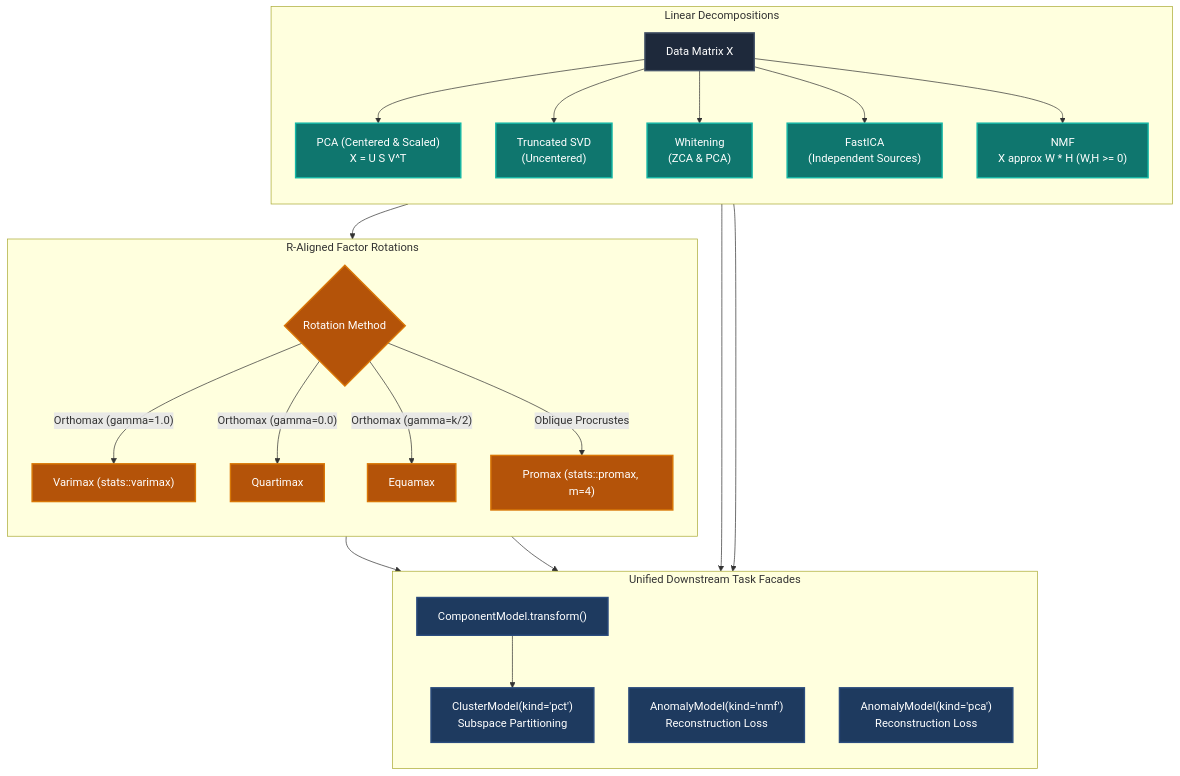
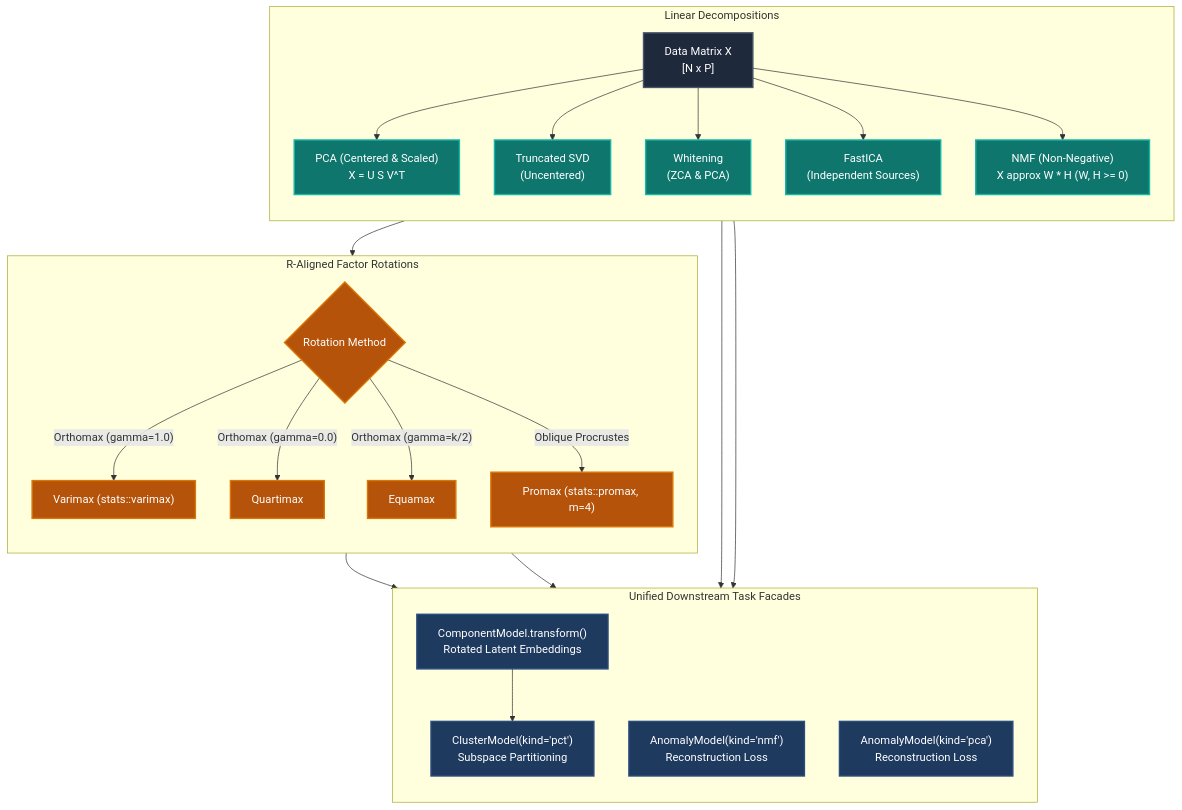
One commit to jkapila/mltreelib changed the diagram in docs/examples/component-benchmarks.md. Above: the diagram before and after it, drawn with Mermaid. The commit also changed other lines of this file and 12 other files, not shown here.

````diff
--- a/docs/examples/component-benchmarks.md
+++ b/docs/examples/component-benchmarks.md
@@ -71,39 +32,39 @@
 ```mermaid
 flowchart TD
     subgraph Decompositions["Linear Decompositions"]
         direction TB
-        D1["Data Matrix X"] --> PCA["PCA (Centered & Scaled)\nX = U S V^T"]
+        D1["Data Matrix X\n[N x P]"] --> PCA["PCA (Centered & Scaled)\nX = U S V^T"]
         D1 --> SVD["Truncated SVD\n(Uncentered)"]
         D1 --> WHT["Whitening\n(ZCA & PCA)"]
         D1 --> ICA["FastICA\n(Independent Sources)"]
-        D1 --> NMF["NMF\nX approx W * H (W,H >= 0)"]
+        D1 --> NMF["NMF (Non-Negative)\nX approx W * H (W, H >= 0)"]
     end
 
     subgraph Rotations["R-Aligned Factor Rotations"]
         direction TB
         PCA --> ROT{"Rotation Method"}
         ROT -->|"Orthomax (gamma=1.0)"| VAR["Varimax (stats::varimax)"]
         ROT -->|"Orthomax (gamma=0.0)"| QUA["Quartimax"]
         ROT -->|"Orthomax (gamma=k/2)"| EQU["Equamax"]
         ROT -->|"Oblique Procrustes"| PRO["Promax (stats::promax, m=4)"]
     end
 
     subgraph Tasks["Unified Downstream Task Facades"]
         direction TB
-        VAR --> COMP["ComponentModel.transform()"]
+        VAR --> COMP["ComponentModel.transform()\nRotated Latent Embeddings"]
         PRO --> COMP
         NMF --> ANOM["AnomalyModel(kind='nmf')\nReconstruction Loss"]
         PCA --> ANOM2["AnomalyModel(kind='pca')\nReconstruction Loss"]
         COMP --> CLUST["ClusterModel(kind='pct')\nSubspace Partitioning"]
     end
 
     classDef dataBox fill:#1e293b,stroke:#475569,stroke-width:2px,color:#ffffff;
     classDef compBox fill:#0f766e,stroke:#14b8a6,stroke-width:2px,color:#ffffff;
     classDef rotBox fill:#b45309,stroke:#d97706,stroke-width:2px,color:#ffffff;
     classDef taskBox fill:#1e3a5f,stroke:#2b4c7e,stroke-width:2px,color:#ffffff;
 
     class D1 dataBox;
     class PCA,SVD,WHT,ICA,NMF compBox;
     class ROT,VAR,QUA,EQU,PRO rotBox;
     class COMP,ANOM,ANOM2,CLUST taskBox;
 ```
````
